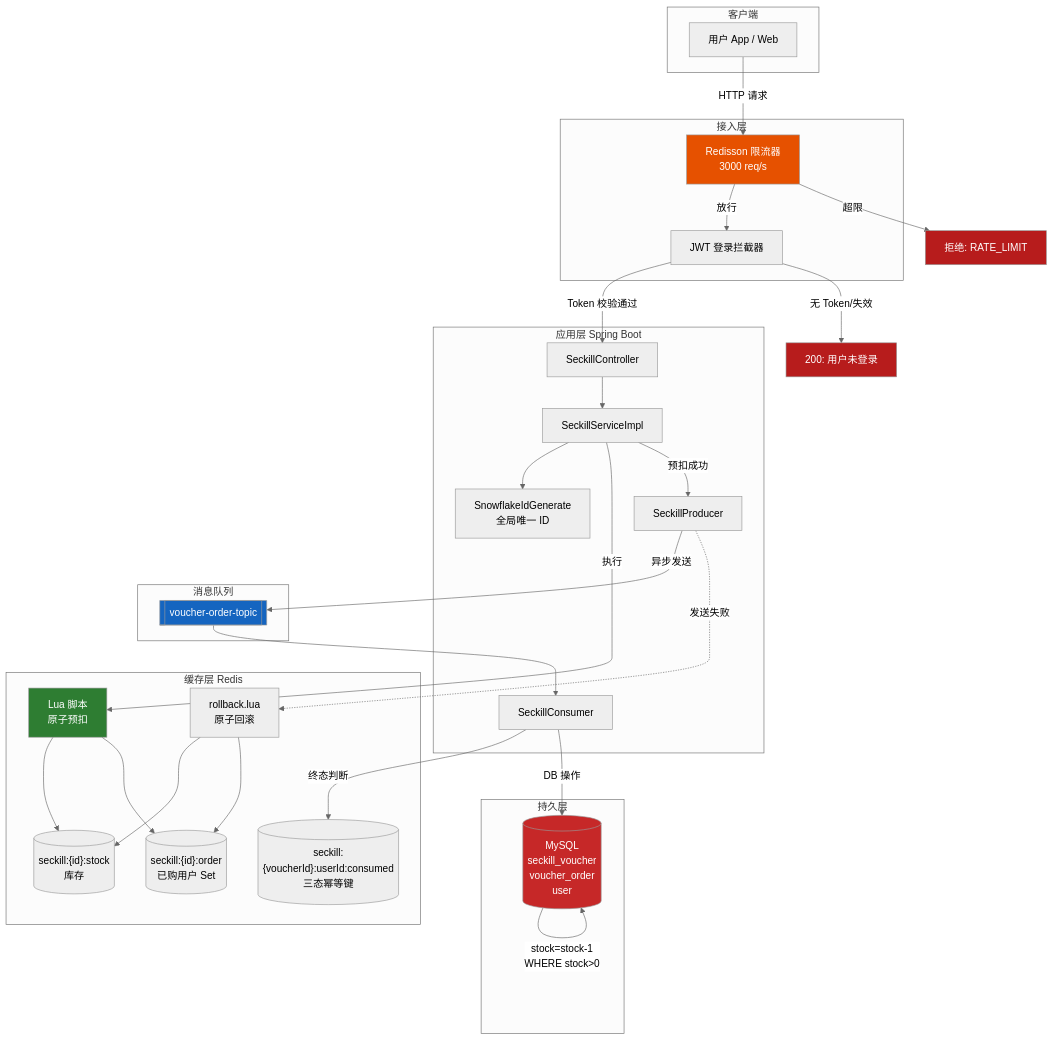
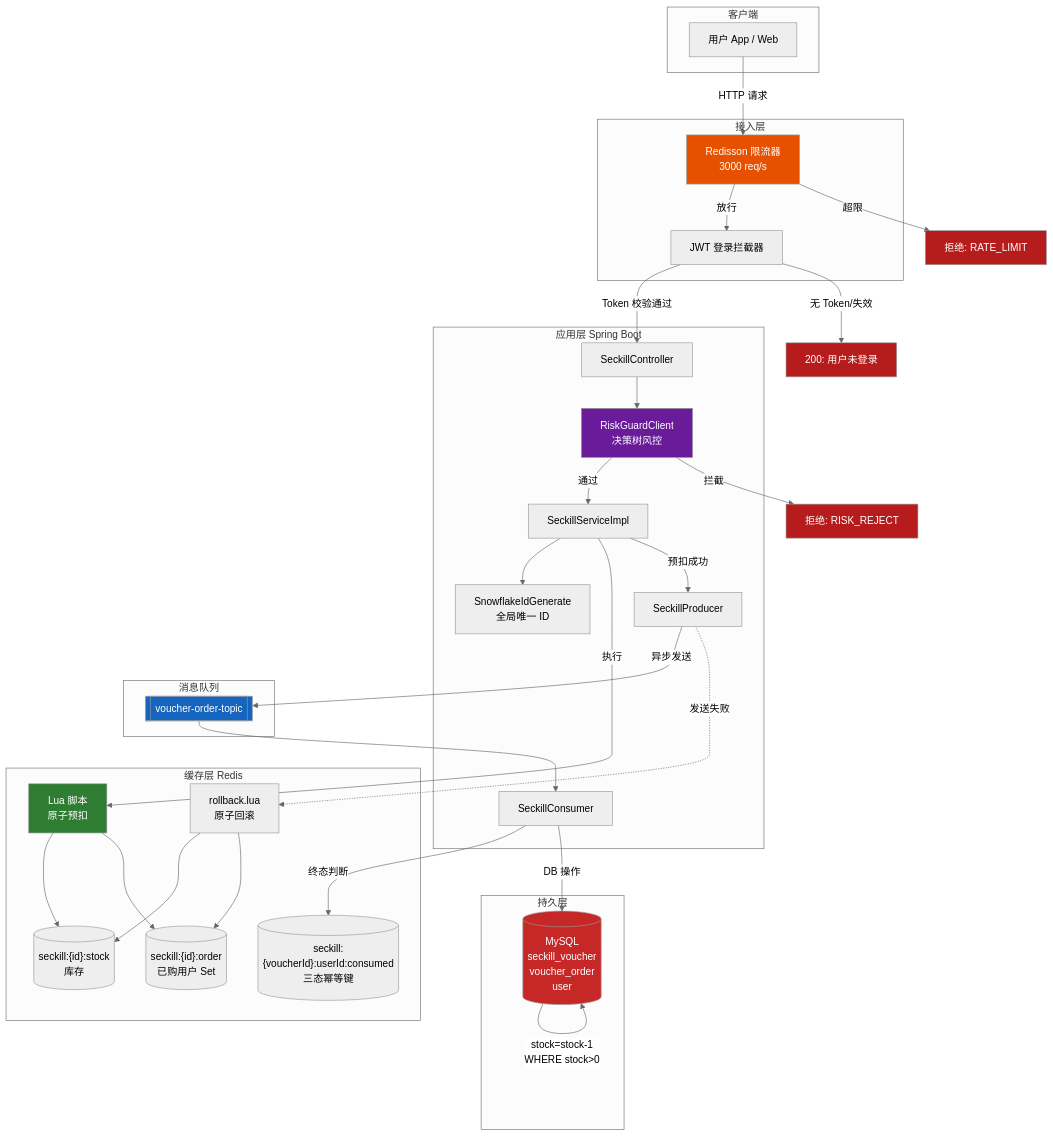
Before and after one commit to Shardkiht/FlashDeal: the first of 3 diagrams in README.md, drawn with Mermaid (neutral theme). The commit also changed other lines of this file, not shown here.

````diff
--- a/README.md
+++ b/README.md
@@ -108,64 +108,69 @@
 ```mermaid
 flowchart TB
     subgraph Client["客户端"]
         U["用户 App / Web"]
     end
 
     subgraph Gateway["接入层"]
         RL["Redisson 限流器<br/>3000 req/s"]
         LI["JWT 登录拦截器"]
     end
 
     subgraph App["应用层 Spring Boot"]
         CTRL["SeckillController"]
+        RISK["RiskGuardClient<br/>决策树风控"]
         SVC["SeckillServiceImpl"]
         IDG["SnowflakeIdGenerate<br/>全局唯一 ID"]
         PROD["SeckillProducer"]
         CONS["SeckillConsumer"]
     end
 
     subgraph Cache["缓存层 Redis"]
         STOCK[("seckill:{id}:stock<br/>库存")]
         ORDER[("seckill:{id}:order<br/>已购用户 Set")]
         IDEM[("seckill:{voucherId}:userId:consumed<br/>三态幂等键")]
 
         LUA["Lua 脚本<br/>原子预扣"]
         RBLUA["rollback.lua<br/>原子回滚"]
     end
 
     subgraph MQ["消息队列"]
         TOPIC[["voucher-order-topic"]]
     end
 
     subgraph DB["持久层"]
         MYSQL[("MySQL<br/>seckill_voucher<br/>voucher_order<br/>user")]
     end
 
     U -->|HTTP 请求| RL
     RL -->|放行| LI
     RL -->|超限| REJ["拒绝: RATE_LIMIT"]
     LI -->|Token 校验通过| CTRL
     LI -->|无 Token/失效| UNAUTH["200: 用户未登录"]
-    CTRL --> SVC
+    CTRL --> RISK
+    RISK -->|通过| SVC
+    RISK -->|拦截| RISKREJ["拒绝: RISK_REJECT"]
     SVC --> IDG
 
     SVC -->|执行| LUA
     LUA --> STOCK
     LUA --> ORDER
     SVC -->|预扣成功| PROD
     PROD -->|异步发送| TOPIC
     PROD -.->|发送失败| RBLUA
     RBLUA --> STOCK
     RBLUA --> ORDER
     TOPIC --> CONS
     CONS -->|终态判断| IDEM
     CONS -->|DB 操作| MYSQL
     MYSQL -->|stock=stock-1<br/>WHERE stock>0| MYSQL
 
     style RL fill:#e65100,color:#fff
     style LUA fill:#2e7d32,color:#fff
     style TOPIC fill:#1565c0,color:#fff
     style MYSQL fill:#c62828,color:#fff
     style REJ fill:#b71c1c,color:#fff
     style UNAUTH fill:#b71c1c,color:#fff
+    style RISKREJ fill:#b71c1c,color:#fff
+    style RISK fill:#6a1b9a,color:#fff
 ```
````
